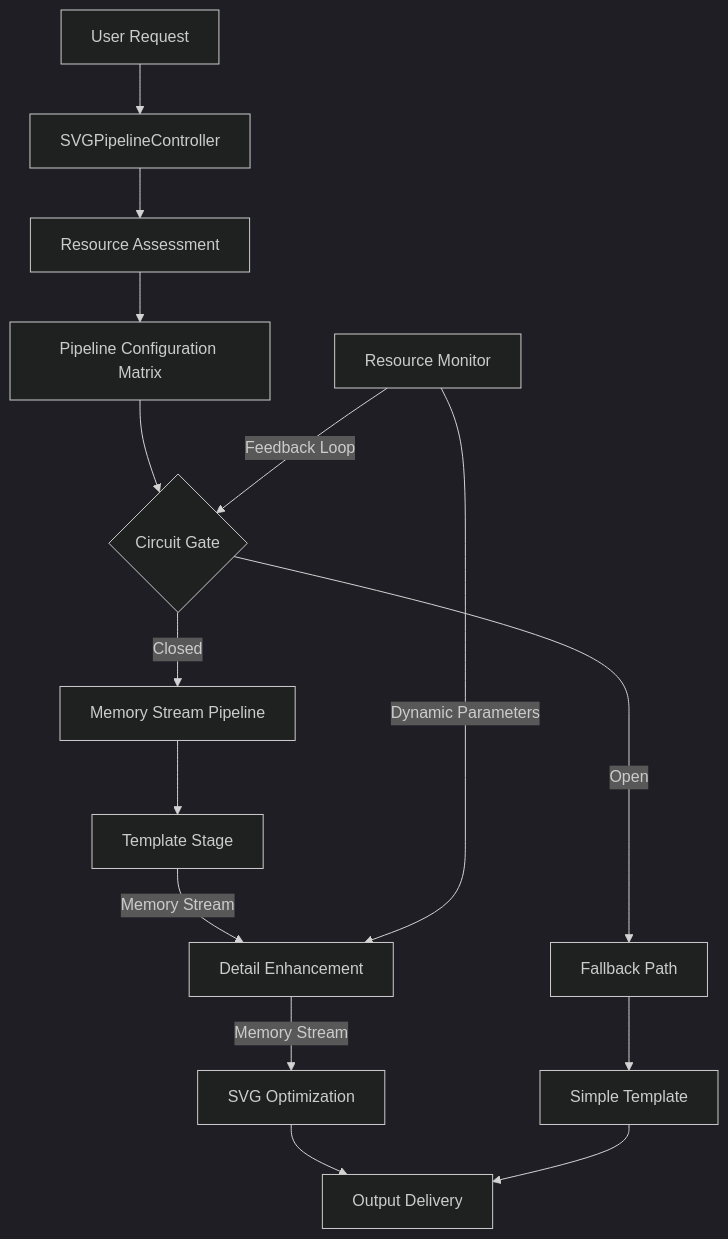
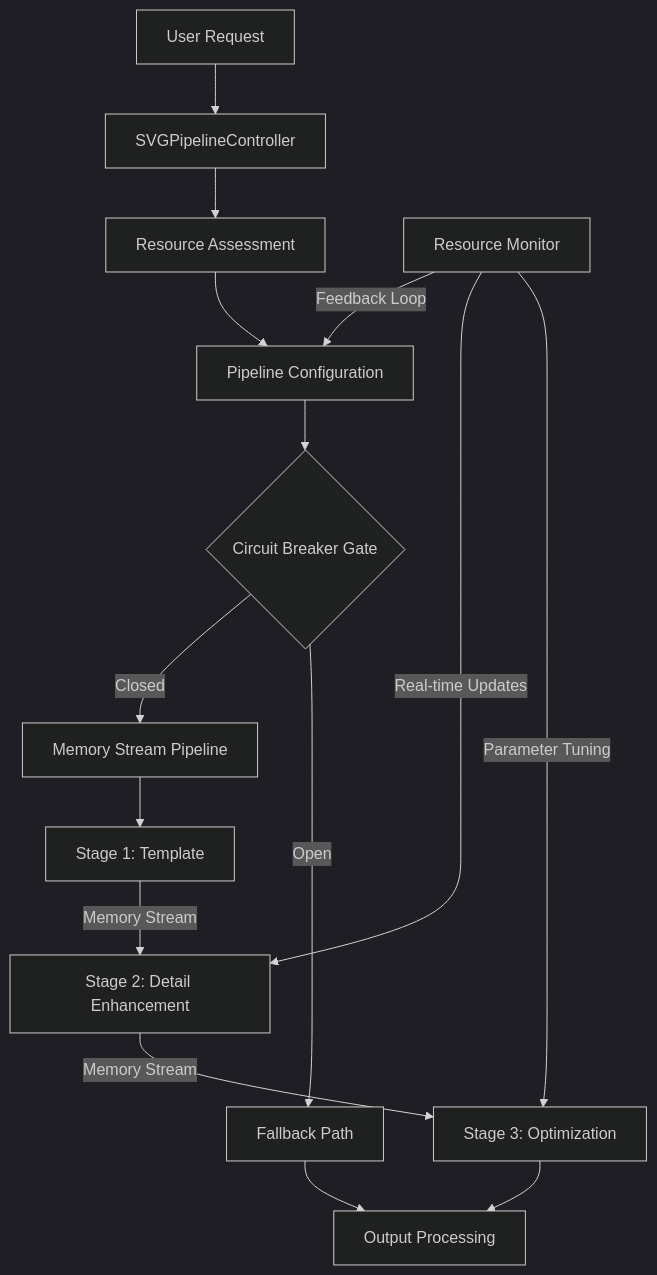
Before and after one commit to bilalobe/Opossum: the diagram in docs/infrastructure/pipeline-optimization.md, drawn with Mermaid (dark theme). The commit also changed other lines of this file and 1 other file, not shown here.

Commit message:
feat: Enhance Chat2SVG pipeline with sensitivity analysis and circuit breaker integration for improved resource optimization and resilience

````diff
--- a/docs/infrastructure/pipeline-optimization.md
+++ b/docs/infrastructure/pipeline-optimization.md
@@ -7,22 +15,21 @@
 ```mermaid
 graph TB
     A[User Request] --> B[SVGPipelineController]
     B --> C[Resource Assessment]
-    C --> D[Pipeline Configuration Matrix]
-    D --> E{Circuit Gate}
+    C --> D[Pipeline Configuration]
+    D --> E{Circuit Breaker Gate}
     
     E -->|"Closed"| F[Memory Stream Pipeline]
     E -->|"Open"| G[Fallback Path]
     
-    F --> H[Template Stage]
-    H -->|"Memory Stream"| I[Detail Enhancement]
-    I -->|"Memory Stream"| J[SVG Optimization]
+    F --> H[Stage 1: Template]
+    H -->|"Memory Stream"| I[Stage 2: Detail Enhancement]
+    I -->|"Memory Stream"| J[Stage 3: Optimization]
     
-    G --> K[Simple Template]
+    J --> K[Output Processing]
+    G --> K
     
-    J --> L[Output Delivery]
-    K --> L
-    
-    M[Resource Monitor] -->|"Feedback Loop"| E
-    M -->|"Dynamic Parameters"| I
+    M[Resource Monitor] -->|"Feedback Loop"| D
+    M -->|"Real-time Updates"| I
+    M -->|"Parameter Tuning"| J
 ```
````
